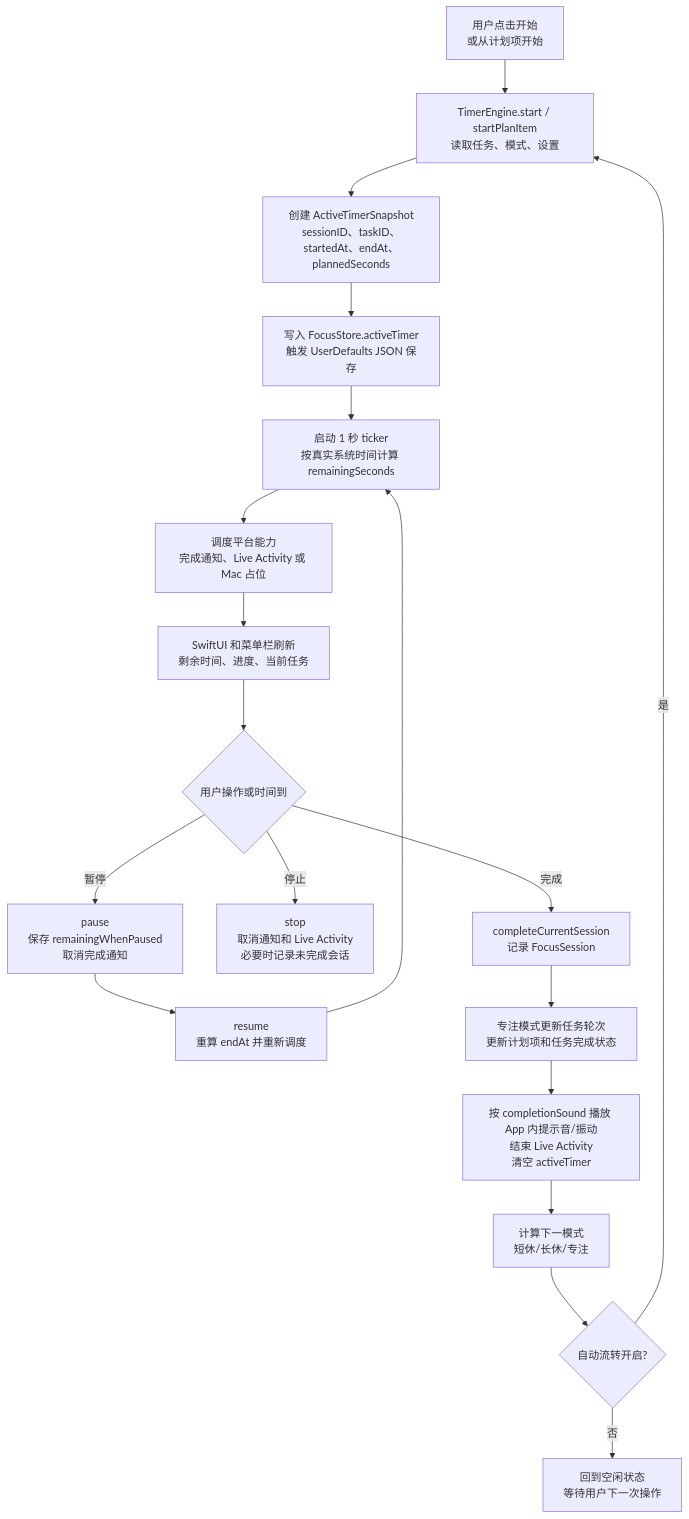
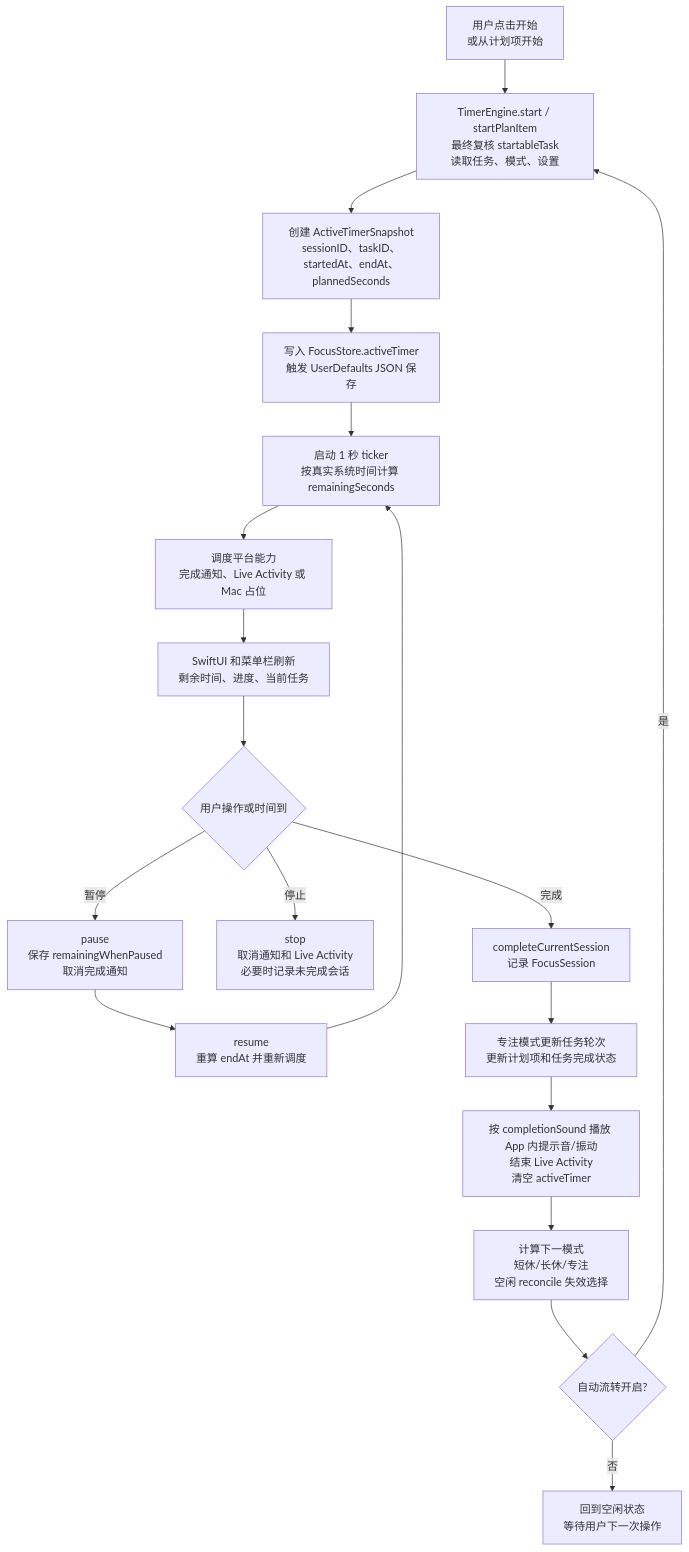
One commit to Altman-sam114/114 changed the second of 6 diagrams in md/flow/flowchart.md. Above: the diagram before and after it, drawn with Mermaid. The commit also changed other lines of this file and 16 other files, not shown here.

````diff
--- a/md/flow/flowchart.md
+++ b/md/flow/flowchart.md
@@ -37,21 +37,21 @@
 ```mermaid
 flowchart TD
-  A["用户点击开始<br/>或从计划项开始"] --> B["TimerEngine.start / startPlanItem<br/>读取任务、模式、设置"]
+  A["用户点击开始<br/>或从计划项开始"] --> B["TimerEngine.start / startPlanItem<br/>最终复核 startableTask<br/>读取任务、模式、设置"]
   B --> C["创建 ActiveTimerSnapshot<br/>sessionID、taskID、startedAt、endAt、plannedSeconds"]
   C --> D["写入 FocusStore.activeTimer<br/>触发 UserDefaults JSON 保存"]
   D --> E["启动 1 秒 ticker<br/>按真实系统时间计算 remainingSeconds"]
   E --> F["调度平台能力<br/>完成通知、Live Activity 或 Mac 占位"]
   F --> G["SwiftUI 和菜单栏刷新<br/>剩余时间、进度、当前任务"]
   G --> H{"用户操作或时间到"}
   H -->|暂停| I["pause<br/>保存 remainingWhenPaused<br/>取消完成通知"]
   I --> J["resume<br/>重算 endAt 并重新调度"]
   J --> E
   H -->|停止| K["stop<br/>取消通知和 Live Activity<br/>必要时记录未完成会话"]
   H -->|完成| L["completeCurrentSession<br/>记录 FocusSession"]
   L --> M["专注模式更新任务轮次<br/>更新计划项和任务完成状态"]
   M --> N["按 completionSound 播放 App 内提示音/振动<br/>结束 Live Activity<br/>清空 activeTimer"]
-  N --> O["计算下一模式<br/>短休/长休/专注"]
+  N --> O["计算下一模式<br/>短休/长休/专注<br/>空闲 reconcile 失效选择"]
   O --> P{"自动流转开启?"}
   P -->|是| B
   P -->|否| Q["回到空闲状态<br/>等待用户下一次操作"]
 ```
````
